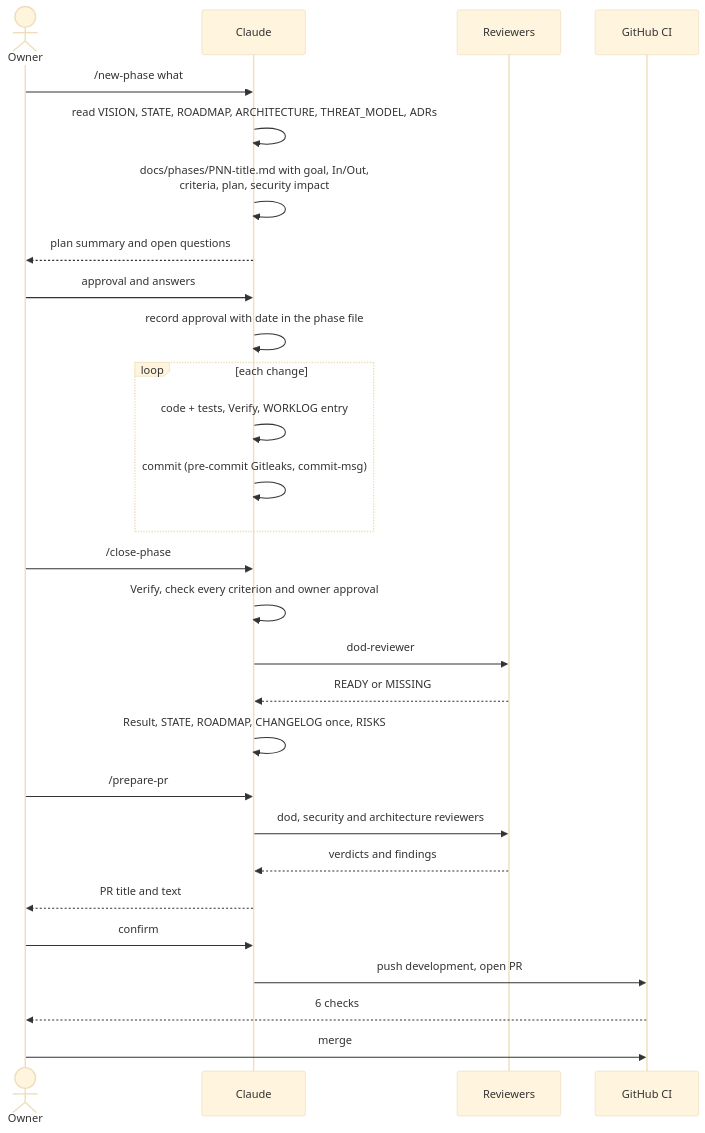
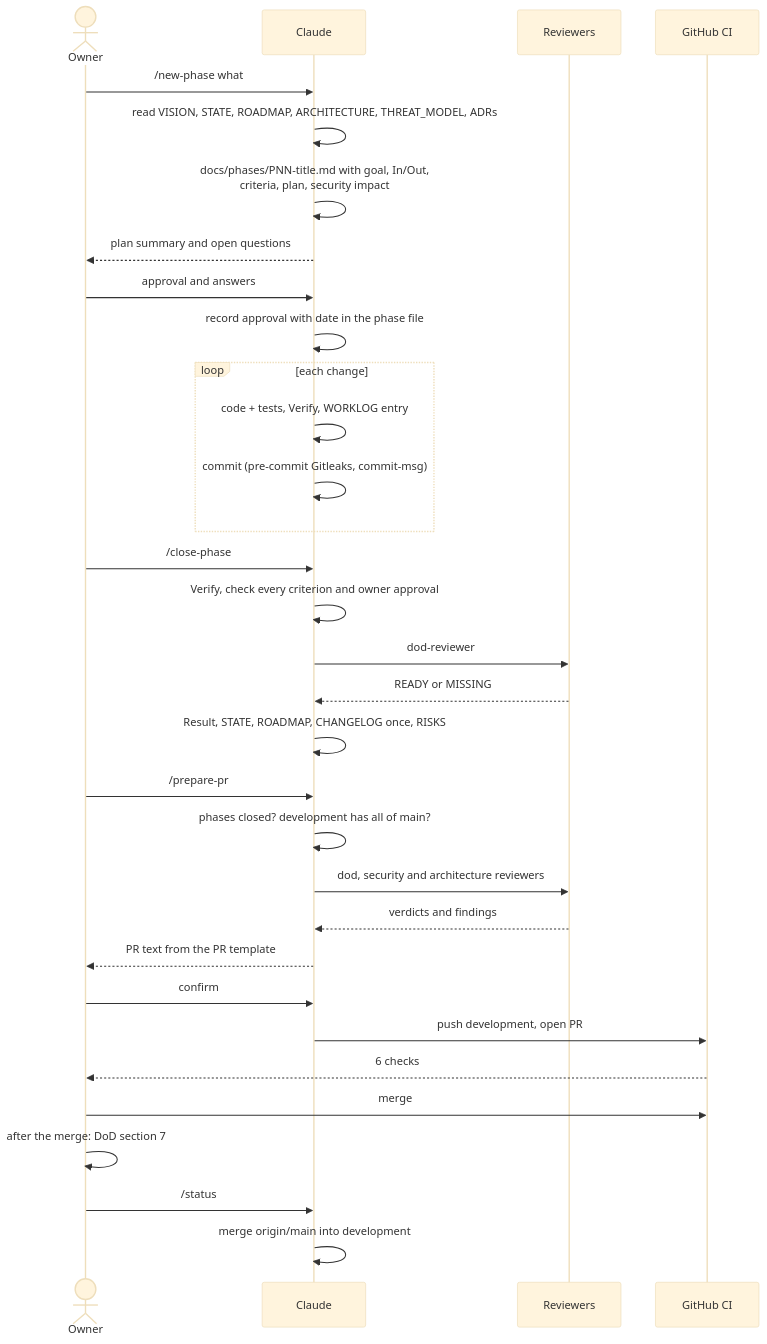
The fifth of 13 diagrams in docs/WORKFLOWS.md (serbenda/project-template), drawn with Mermaid (base theme) before and after one commit. The commit also changed other lines of this file and 37 other files, not shown here.

````diff
--- a/docs/WORKFLOWS.md
+++ b/docs/WORKFLOWS.md
@@ -92,30 +92,34 @@
 ```mermaid
 sequenceDiagram
     actor O as Owner
     participant C as Claude
     participant R as Reviewers
     participant G as GitHub CI
     O->>C: /new-phase what
     C->>C: read VISION, STATE, ROADMAP, ARCHITECTURE, THREAT_MODEL, ADRs
     C->>C: docs/phases/PNN-title.md with goal, In/Out,<br/>criteria, plan, security impact
     C-->>O: plan summary and open questions
     O->>C: approval and answers
     C->>C: record approval with date in the phase file
     loop each change
         C->>C: code + tests, Verify, WORKLOG entry
         C->>C: commit (pre-commit Gitleaks, commit-msg)
     end
     O->>C: /close-phase
     C->>C: Verify, check every criterion and owner approval
     C->>R: dod-reviewer
     R-->>C: READY or MISSING
     C->>C: Result, STATE, ROADMAP, CHANGELOG once, RISKS
     O->>C: /prepare-pr
+    C->>C: phases closed? development has all of main?
     C->>R: dod, security and architecture reviewers
     R-->>C: verdicts and findings
-    C-->>O: PR title and text
+    C-->>O: PR text from the PR template
     O->>C: confirm
     C->>G: push development, open PR
     G-->>O: 6 checks
     O->>G: merge
+    O->>O: after the merge: DoD section 7
+    O->>C: /status
+    C->>C: merge origin/main into development
 ```
````
